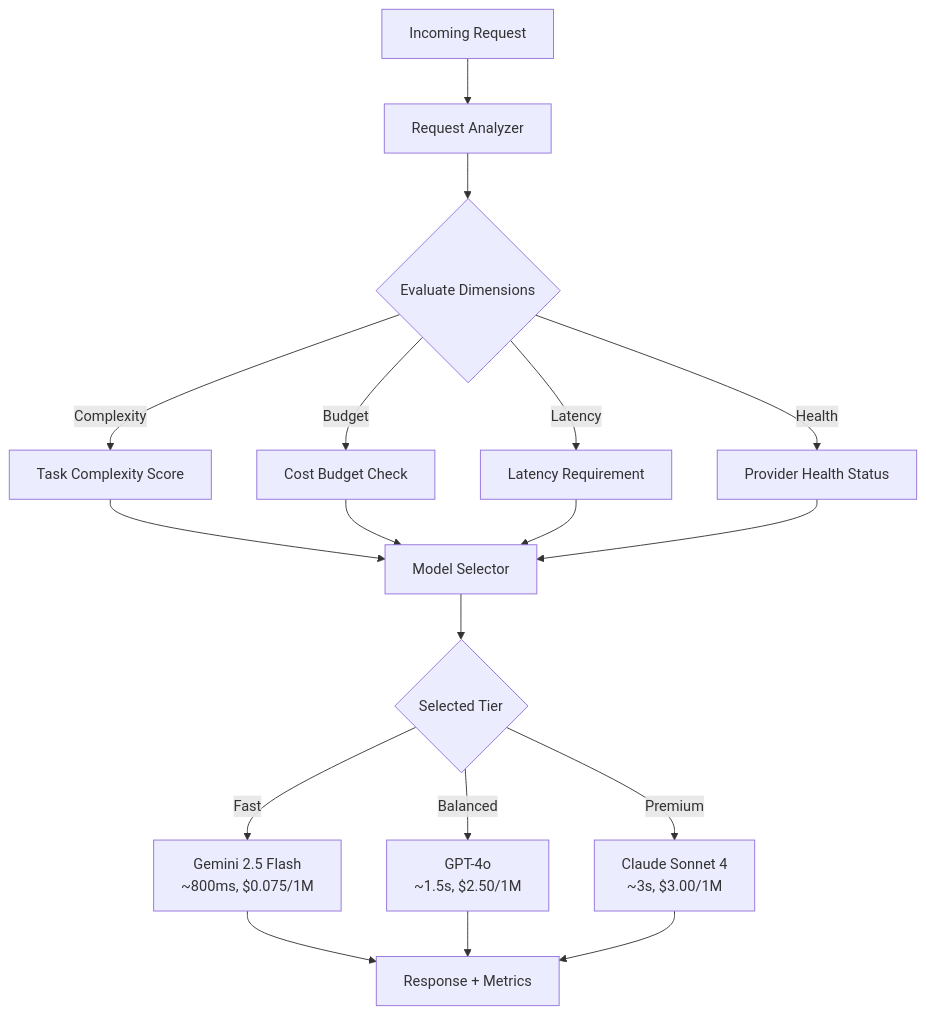
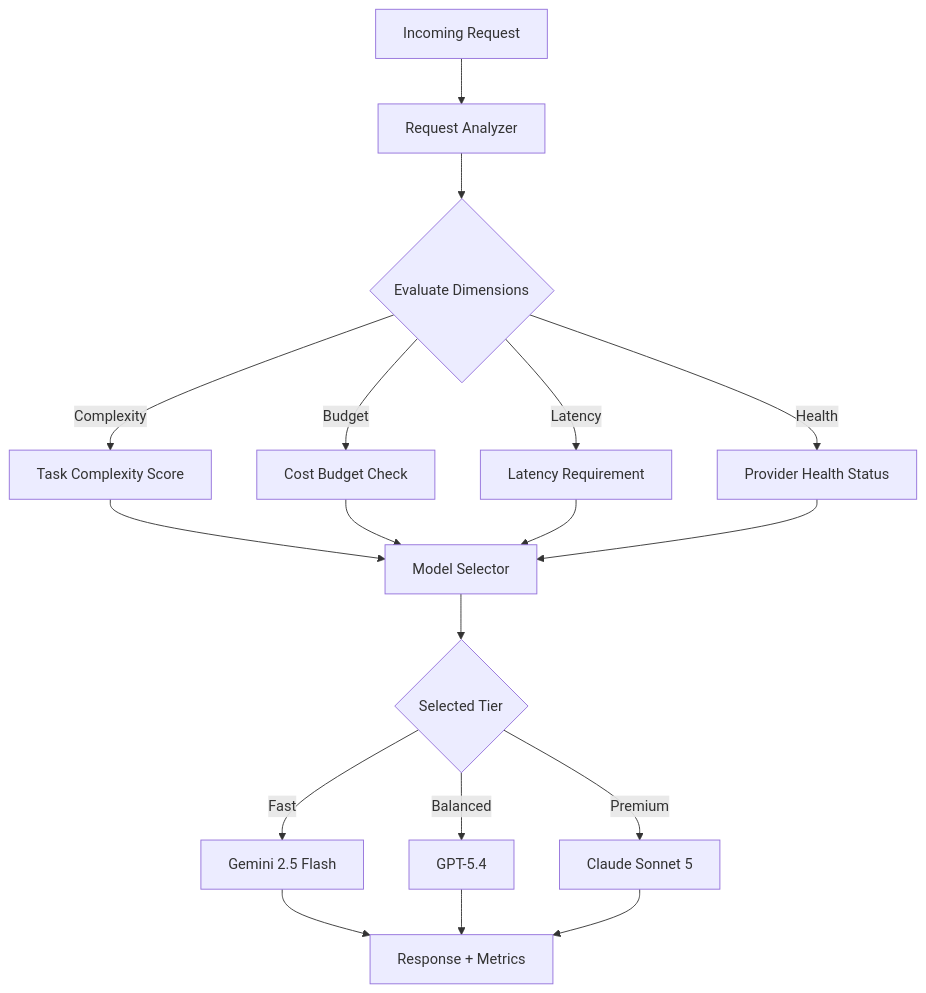
One commit to juspay/neurolink-blog changed the first of 3 diagrams in _posts/2026-03-21-dynamic-model-selection-runtime.md. Above: the diagram before and after it, drawn with Mermaid. The commit also changed other lines of this file and 172 other files, not shown here.

````diff
--- a/_posts/2026-03-21-dynamic-model-selection-runtime.md
+++ b/_posts/2026-03-21-dynamic-model-selection-runtime.md
@@ -61,23 +61,20 @@
 ```mermaid
 flowchart TD
     A[Incoming Request] --> B[Request Analyzer]
     B --> C{Evaluate Dimensions}
     C -->|Complexity| D[Task Complexity Score]
     C -->|Budget| E[Cost Budget Check]
     C -->|Latency| F[Latency Requirement]
     C -->|Health| G[Provider Health Status]
     D --> H[Model Selector]
     E --> H
     F --> H
     G --> H
     H --> I{Selected Tier}
-    I -->|Fast| J["Gemini 2.5 Flash
-    ~800ms, $0.075/1M"]
-    I -->|Balanced| K["GPT-4o
-    ~1.5s, $2.50/1M"]
-    I -->|Premium| L["Claude Sonnet 4
-    ~3s, $3.00/1M"]
+    I -->|Fast| J["Gemini 2.5 Flash"]
+    I -->|Balanced| K["GPT-5.4"]
+    I -->|Premium| L["Claude Sonnet 5"]
     J --> M[Response + Metrics]
     K --> M
     L --> M
 ```
````
